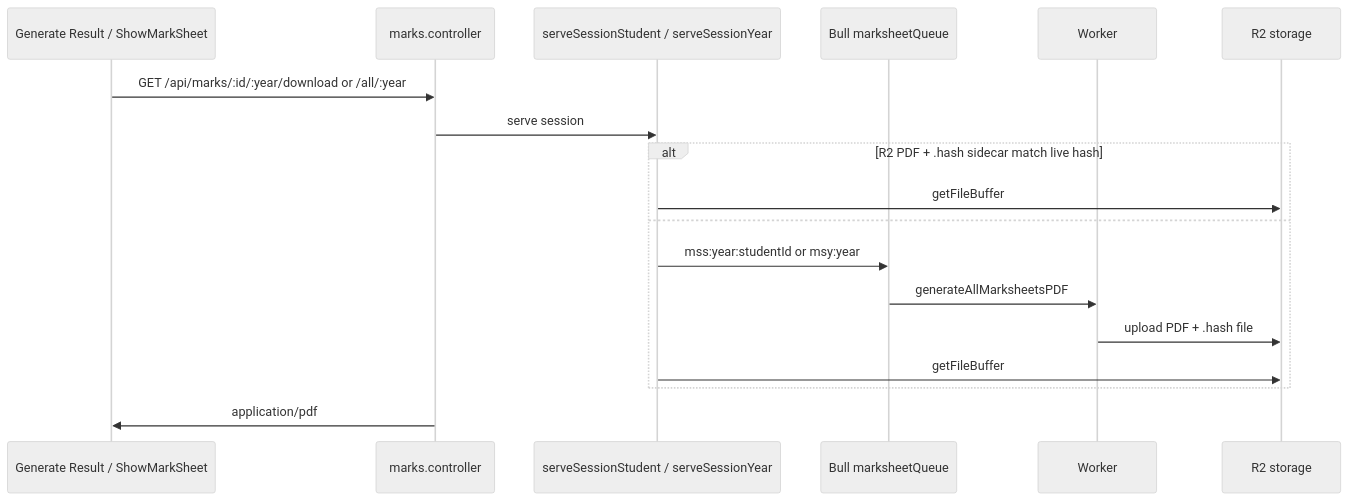
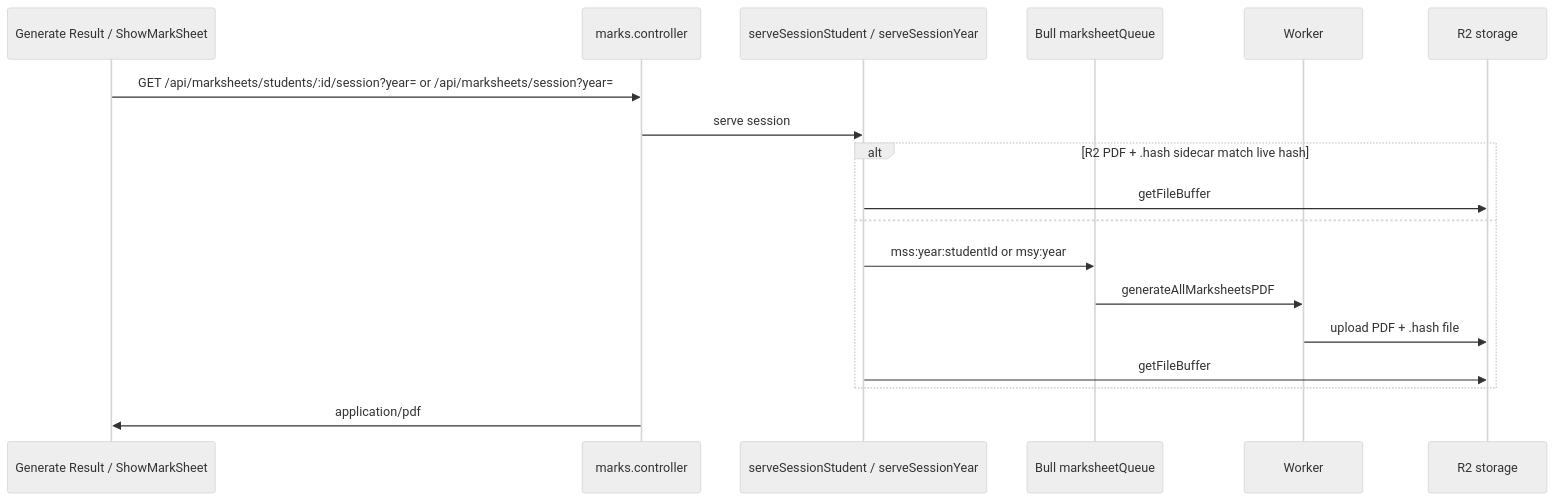
One commit to Mutiur03/School changed the fourth of 5 diagrams in server/docs/marksheet-regeneration.md. Above: the diagram before and after it, drawn with Mermaid (neutral theme). The commit also changed other lines of this file and 79 other files, not shown here.

````diff
--- a/server/docs/marksheet-regeneration.md
+++ b/server/docs/marksheet-regeneration.md
@@ -441,21 +441,21 @@
 ```mermaid
 sequenceDiagram
   participant UI as Generate Result / ShowMarkSheet
   participant API as marks.controller
   participant Svc as serveSessionStudent / serveSessionYear
   participant Q as Bull marksheetQueue
   participant W as Worker
   participant R2 as R2 storage
 
-  UI->>API: GET /api/marks/:id/:year/download or /all/:year
+  UI->>API: GET /api/marksheets/students/:id/session?year= or /api/marksheets/session?year=
   API->>Svc: serve session
   alt R2 PDF + .hash sidecar match live hash
     Svc->>R2: getFileBuffer
   else
     Svc->>Q: mss:year:studentId or msy:year
     Q->>W: generateAllMarksheetsPDF
     W->>R2: upload PDF + .hash file
     Svc->>R2: getFileBuffer
   end
   API->>UI: application/pdf
 ```
````
